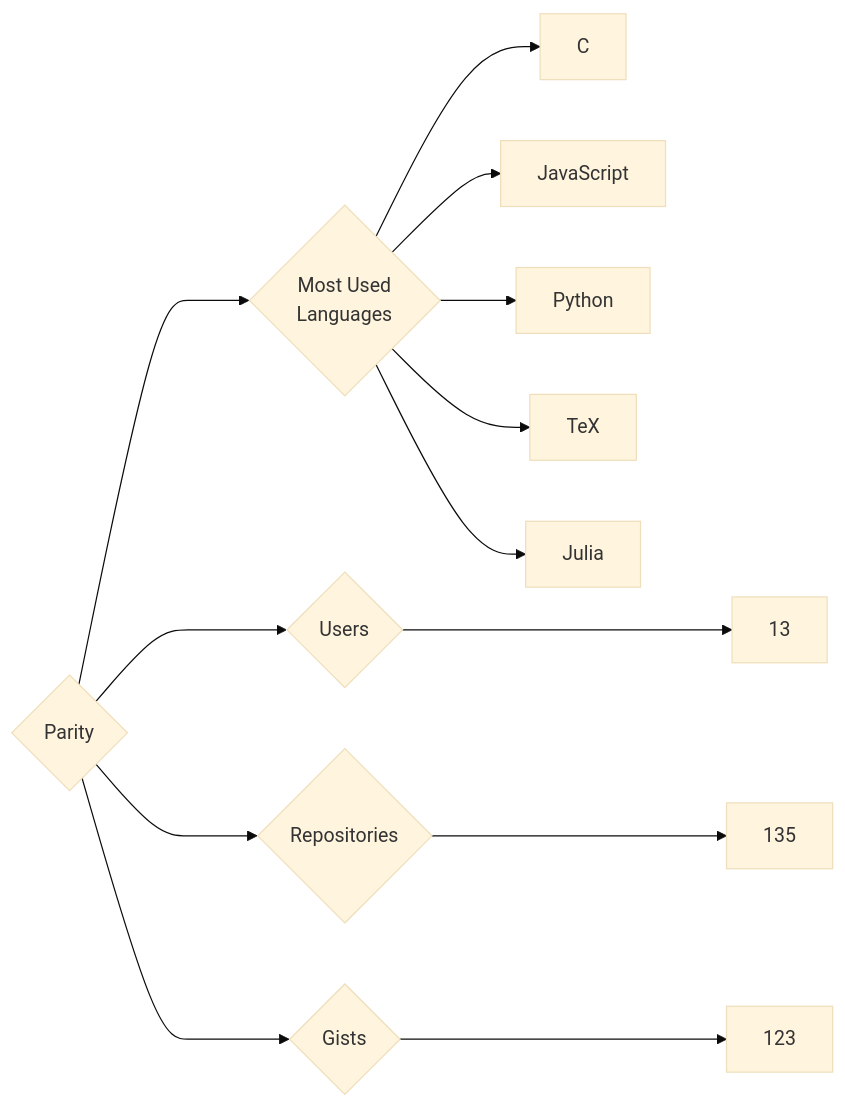
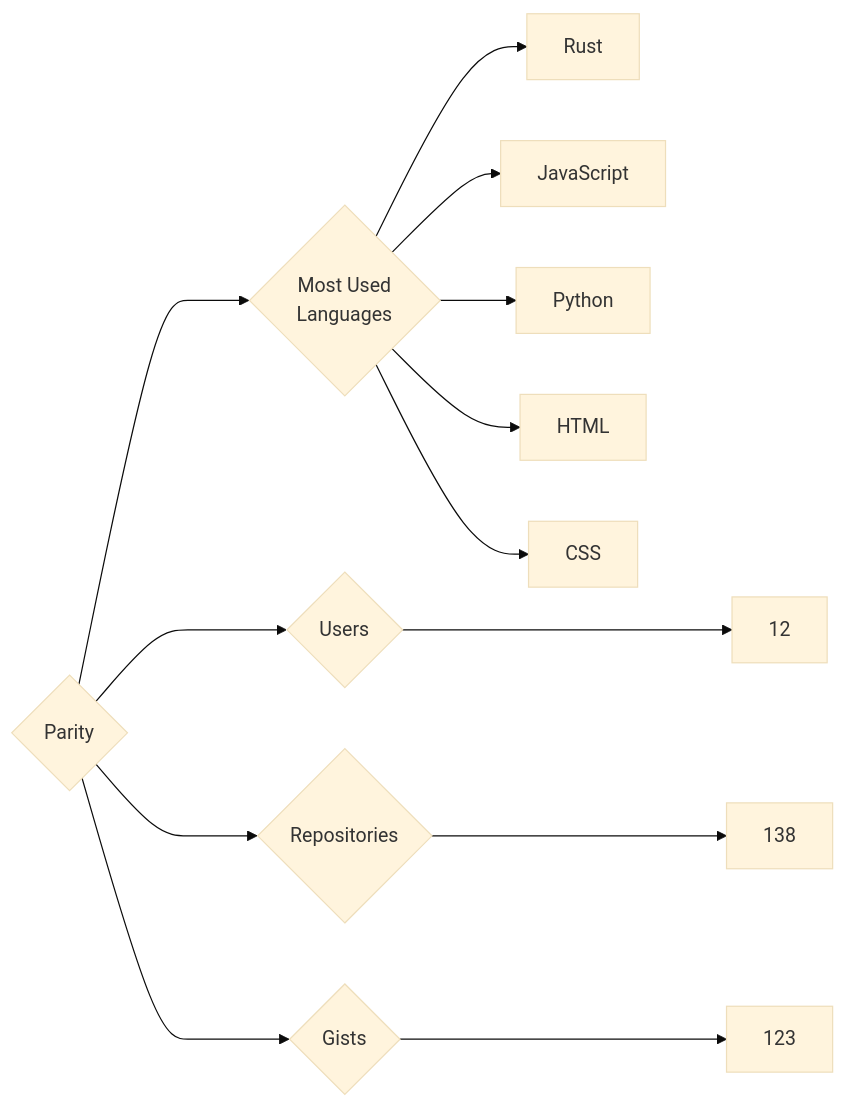
One commit to trickest/insiders changed the diagram in targets/Parity/README.md. Above: the diagram before and after it, drawn with Mermaid (base theme). The commit also changed 895 other files, not shown here.

````diff
--- a/targets/Parity/README.md
+++ b/targets/Parity/README.md
@@ -3,13 +3,13 @@
 ```mermaid
 graph LR
 COMPANY_NAME{Parity}
-COMPANY_NAME ---> U{Users} ---> UN[13]
-COMPANY_NAME ---> R{Repositories} ---> RN[135]
+COMPANY_NAME ---> U{Users} ---> UN[12]
+COMPANY_NAME ---> R{Repositories} ---> RN[138]
 COMPANY_NAME ---> G{Gists} ---> GN[123]
 COMPANY_NAME ---> ML{Most Used<br>Languages}
-ML --> C[C]
+ML --> Rust[Rust]
 ML --> JavaScript[JavaScript]
 ML --> Python[Python]
-ML --> TeX[TeX]
-ML --> Julia[Julia]
+ML --> HTML[HTML]
+ML --> CSS[CSS]
 ```
````
